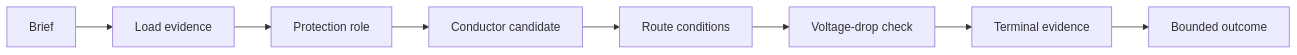
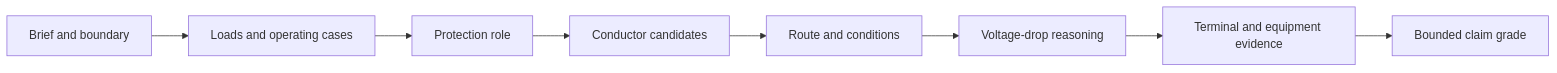
The second of 2 diagrams in docs/learning-plans/6-week/modules/day-21-week-3-integrated-circuit-design-exercise.md (andrew3stedall/capstone), drawn with Mermaid before and after one commit. The commit also changed other lines of this file and 4 other files, not shown here.

````diff
--- a/docs/learning-plans/6-week/modules/day-21-week-3-integrated-circuit-design-exercise.md
+++ b/docs/learning-plans/6-week/modules/day-21-week-3-integrated-circuit-design-exercise.md
@@ -69,10 +133,10 @@
 ```mermaid
 flowchart LR
-    B[Brief] --> L[Load evidence]
-    L --> P[Protection role]
-    P --> C[Conductor candidate]
-    C --> R[Route conditions]
-    R --> V[Voltage-drop check]
-    V --> T[Terminal evidence]
-    T --> O[Bounded outcome]
+    B21A[Brief and boundary] --> L21A[Loads and operating cases]
+    L21A --> P21A[Protection role]
+    P21A --> C21A[Conductor candidates]
+    C21A --> R21A[Route and conditions]
+    R21A --> V21A[Voltage-drop reasoning]
+    V21A --> T21A[Terminal and equipment evidence]
+    T21A --> O21A[Bounded claim grade]
 ```
````
